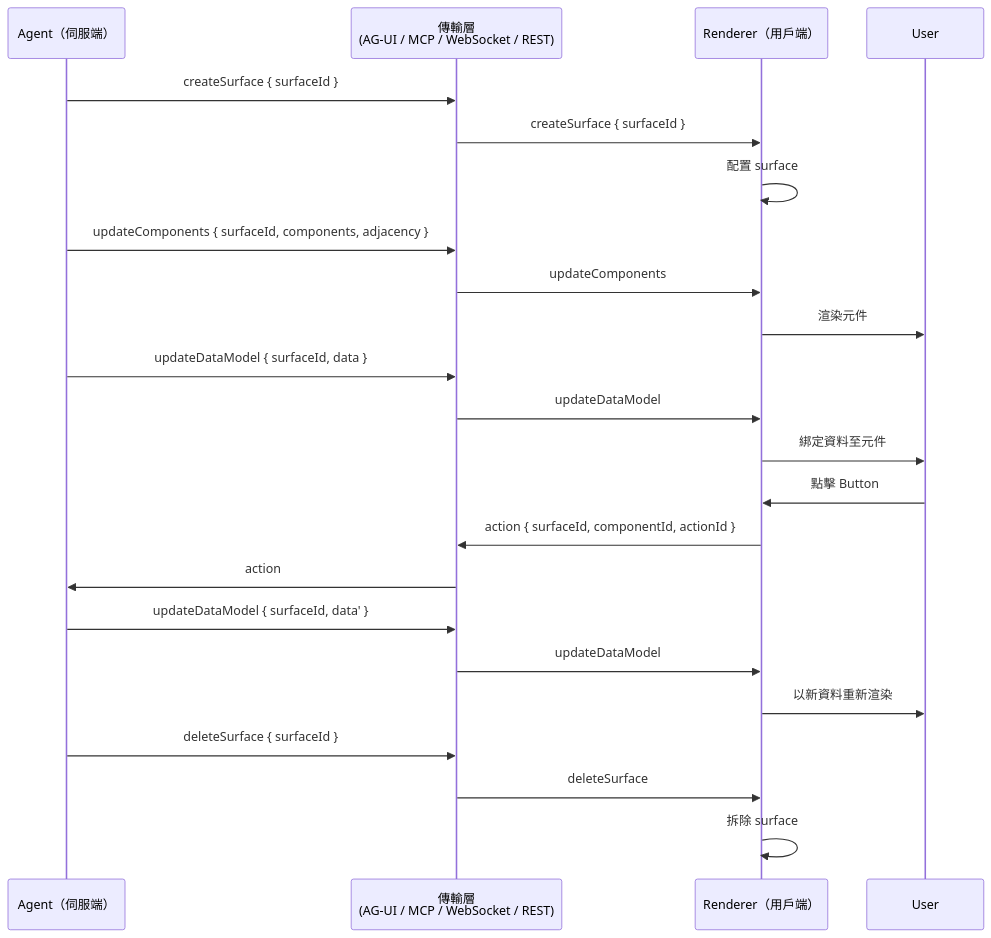
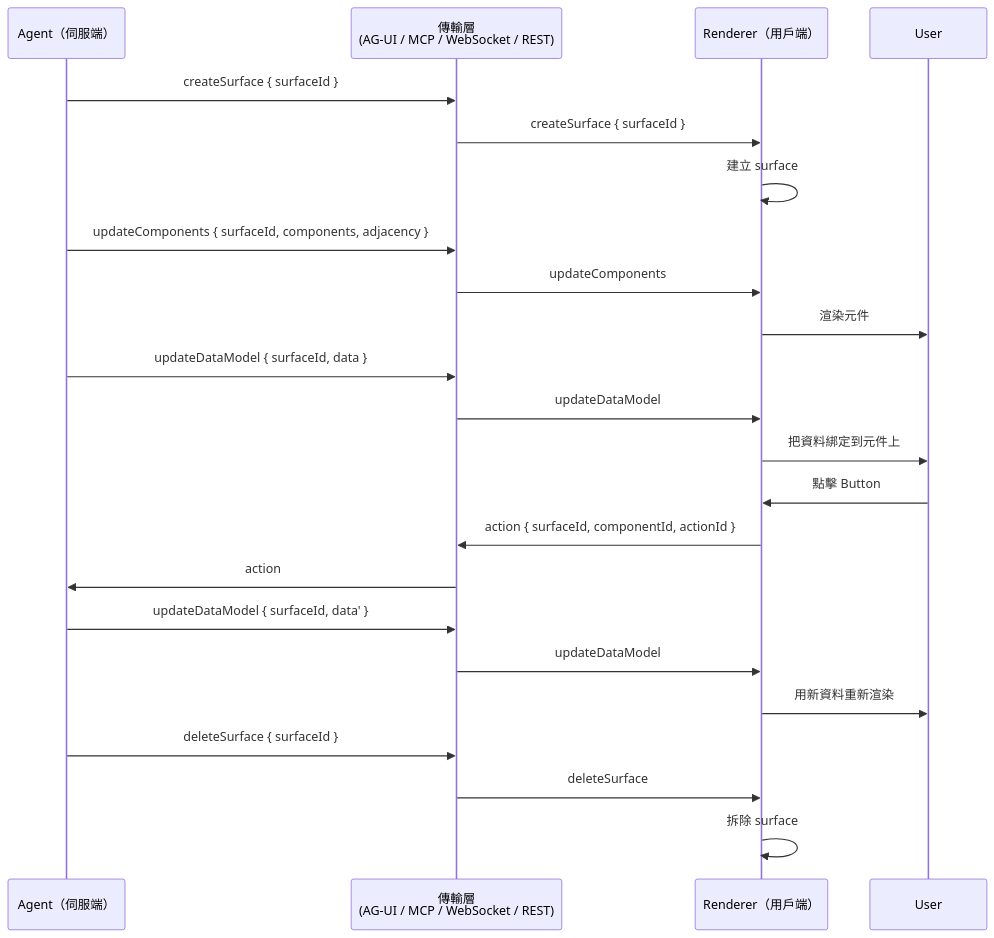
The diagram in docs/zh-tw/Multi-Agent and Orchestration/611.md (alivedise/agentic-engineering-essentials), drawn with Mermaid before and after one commit. The commit also changed other lines of this file and 2 other files, not shown here.

````diff
--- a/docs/zh-tw/Multi-Agent and Orchestration/611.md
+++ b/docs/zh-tw/Multi-Agent and Orchestration/611.md
@@ -85,31 +75,31 @@
 ```mermaid
 sequenceDiagram
     participant Agent as Agent（伺服端）
     participant Transport as 傳輸層<br/>(AG-UI / MCP / WebSocket / REST)
     participant Renderer as Renderer（用戶端）
     participant User
 
     Agent->>Transport: createSurface { surfaceId }
     Transport->>Renderer: createSurface { surfaceId }
-    Renderer->>Renderer: 配置 surface
+    Renderer->>Renderer: 建立 surface
 
     Agent->>Transport: updateComponents { surfaceId, components, adjacency }
     Transport->>Renderer: updateComponents
     Renderer->>User: 渲染元件
 
     Agent->>Transport: updateDataModel { surfaceId, data }
     Transport->>Renderer: updateDataModel
-    Renderer->>User: 綁定資料至元件
+    Renderer->>User: 把資料綁定到元件上
 
     User->>Renderer: 點擊 Button
     Renderer->>Transport: action { surfaceId, componentId, actionId }
     Transport->>Agent: action
 
     Agent->>Transport: updateDataModel { surfaceId, data' }
     Transport->>Renderer: updateDataModel
-    Renderer->>User: 以新資料重新渲染
+    Renderer->>User: 用新資料重新渲染
 
     Agent->>Transport: deleteSurface { surfaceId }
     Transport->>Renderer: deleteSurface
     Renderer->>Renderer: 拆除 surface
 ```
````
